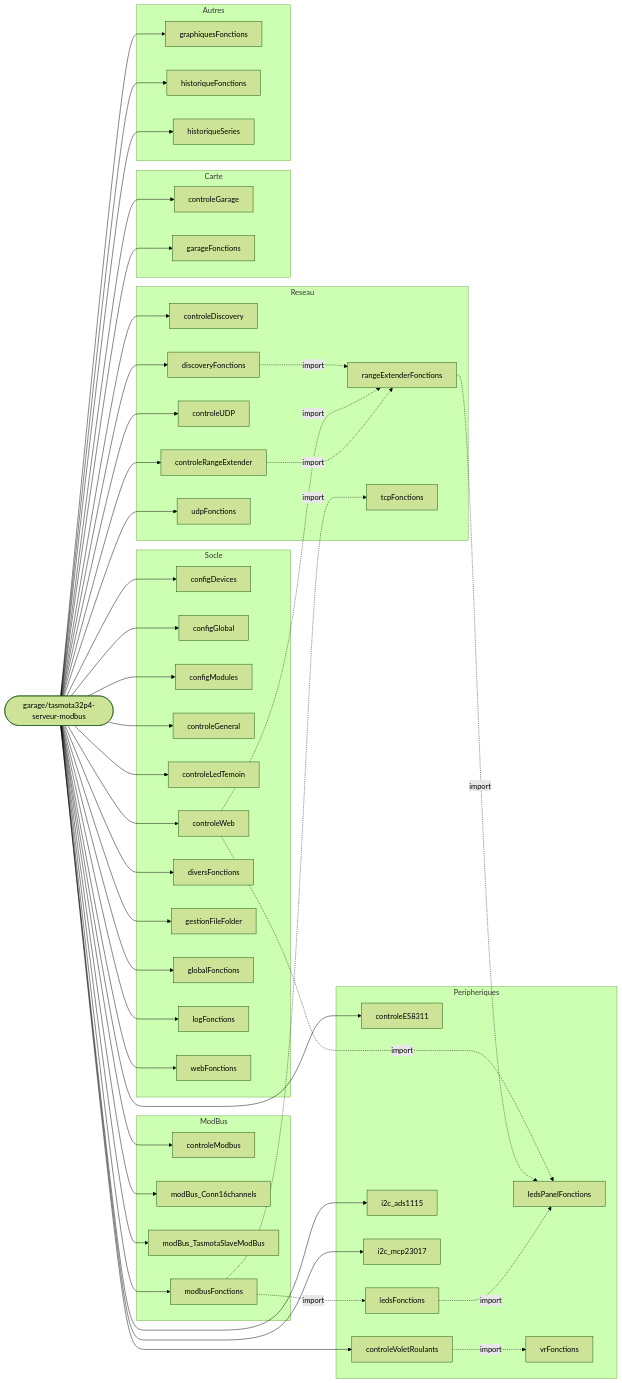
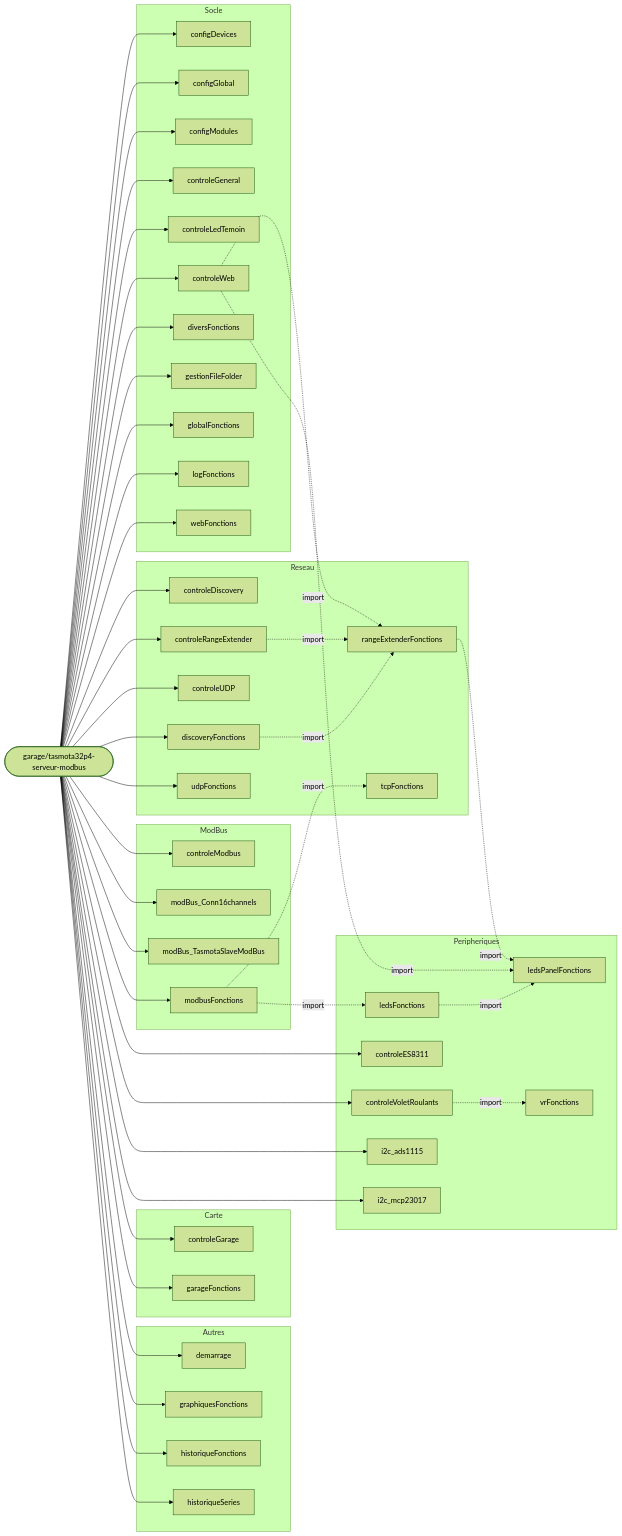
One commit to fdaubercy/Tasmota changed the fifth of 8 diagrams in outils_docs/CARTE_MODULES_BERRY.md. Above: the diagram before and after it, drawn with Mermaid (forest theme). The commit also changed other lines of this file and 18 other files, not shown here.

```diff
--- a/outils_docs/CARTE_MODULES_BERRY.md
+++ b/outils_docs/CARTE_MODULES_BERRY.md
@@ -445,6 +462,7 @@
         m_garageFonctions["garageFonctions"]
     end
     subgraph g_Autres["Autres"]
+        m_demarrage["demarrage"]
         m_graphiquesFonctions["graphiquesFonctions"]
         m_historiqueFonctions["historiqueFonctions"]
         m_historiqueSeries["historiqueSeries"]
@@ -464,9 +482,9 @@
     CARTE --> m_controleRangeExtender
     CARTE --> m_controleUDP
     CARTE --> m_discoveryFonctions
-    m_discoveryFonctions -.->|import| m_rangeExtenderFonctions
     m_controleWeb -.->|import| m_rangeExtenderFonctions
     m_controleRangeExtender -.->|import| m_rangeExtenderFonctions
+    m_discoveryFonctions -.->|import| m_rangeExtenderFonctions
     m_modbusFonctions -.->|import| m_tcpFonctions
     CARTE --> m_udpFonctions
     CARTE --> m_controleModbus
@@ -484,6 +502,7 @@
     m_controleVoletRoulants -.->|import| m_vrFonctions
     CARTE --> m_controleGarage
     CARTE --> m_garageFonctions
+    CARTE --> m_demarrage
     CARTE --> m_graphiquesFonctions
     CARTE --> m_historiqueFonctions
     CARTE --> m_historiqueSeries
```
